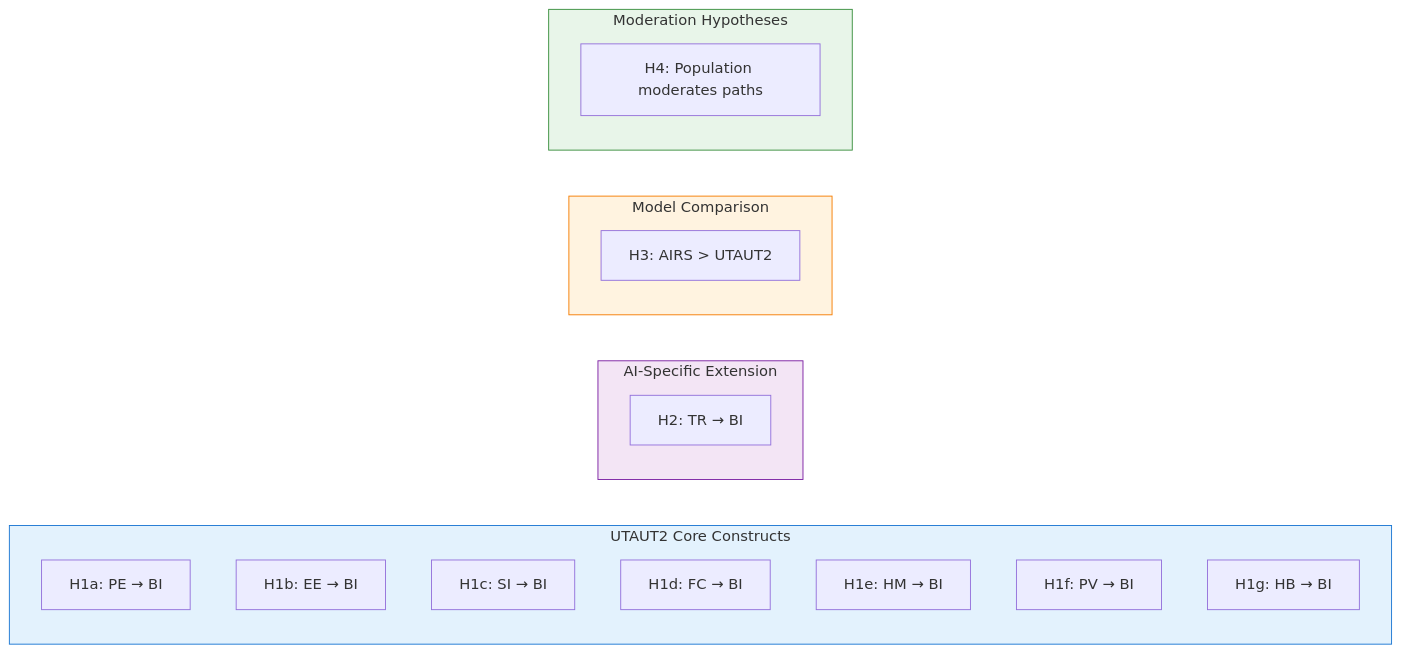
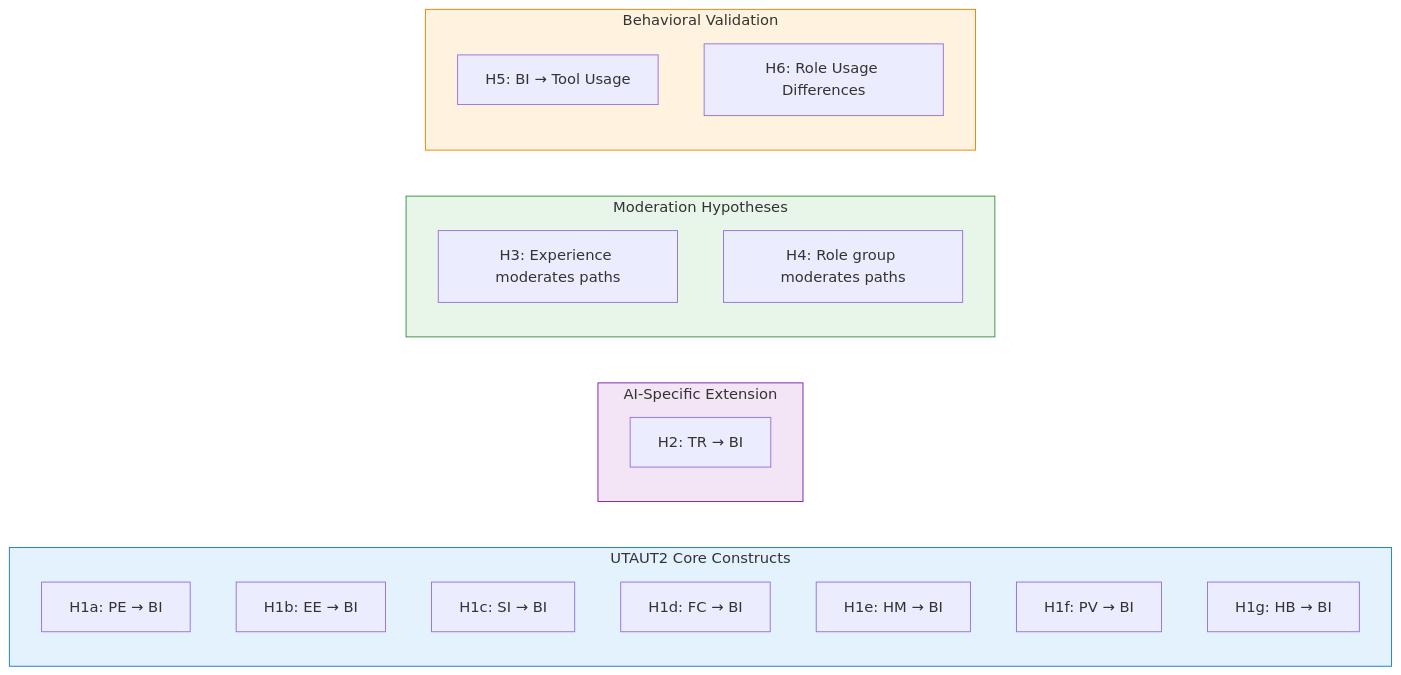
Before and after one commit to fabioc-aloha/AIRS_Data_Analysis: the third of 3 diagrams in thesis/chapters/02_literature_review.md, drawn with Mermaid. The commit also changed other lines of this file and 11 other files, not shown here.

````diff
--- a/thesis/chapters/02_literature_review.md
+++ b/thesis/chapters/02_literature_review.md
@@ -322,29 +339,31 @@
 ```mermaid
 flowchart LR
     subgraph UTAUT2["UTAUT2 Core Constructs"]
         H1a["H1a: PE → BI"]
         H1b["H1b: EE → BI"]
         H1c["H1c: SI → BI"]
         H1d["H1d: FC → BI"]
         H1e["H1e: HM → BI"]
         H1f["H1f: PV → BI"]
         H1g["H1g: HB → BI"]
     end
 
     subgraph AIExtension["AI-Specific Extension"]
         H2["H2: TR → BI"]
     end
 
-    subgraph ModelComparison["Model Comparison"]
-        H3["H3: AIRS > UTAUT2"]
+    subgraph Moderation["Moderation Hypotheses"]
+        H3["H3: Experience moderates paths"]
+        H4["H4: Role group moderates paths"]
     end
 
-    subgraph Moderation["Moderation Hypotheses"]
-        H4["H4: Population moderates paths"]
+    subgraph Validation["Behavioral Validation"]
+        H5["H5: BI → Tool Usage"]
+        H6["H6: Role Usage Differences"]
     end
 
     style UTAUT2 fill:#e3f2fd,stroke:#1976d2
     style AIExtension fill:#f3e5f5,stroke:#7b1fa2
-    style ModelComparison fill:#fff3e0,stroke:#f57c00
     style Moderation fill:#e8f5e9,stroke:#388e3c
+    style Validation fill:#fff3e0,stroke:#f57c00
 ```
````
